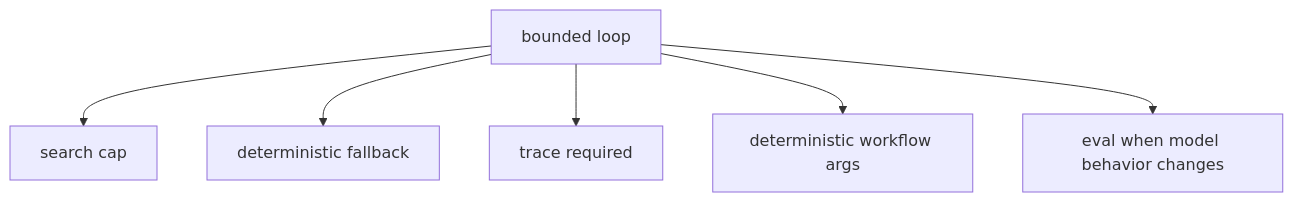
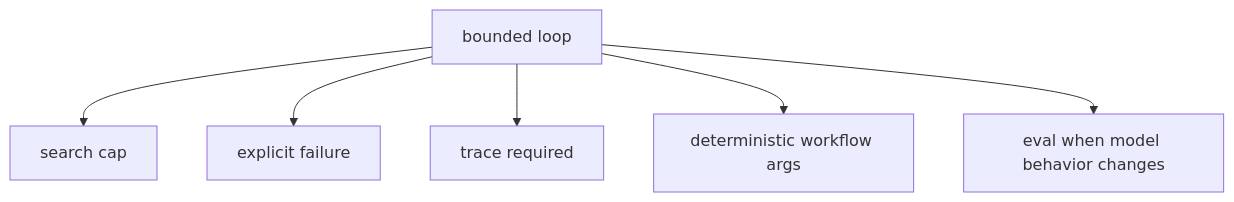
The eighth of 24 diagrams in docs/design.md (ImWenyaoT/chatty), drawn with Mermaid before and after one commit. The commit also changed other lines of this file and 30 other files, not shown here.

````diff
--- a/docs/design.md
+++ b/docs/design.md
@@ -190,8 +190,8 @@
 ```mermaid
 flowchart TD
   Loop["bounded loop"] --> Cap["search cap"]
-  Loop --> Fallback["deterministic fallback"]
+  Loop --> Failure["explicit failure"]
   Loop --> Trace["trace required"]
   Loop --> Workflow["deterministic workflow args"]
   Loop --> Eval["eval when model behavior changes"]
 ```
````
